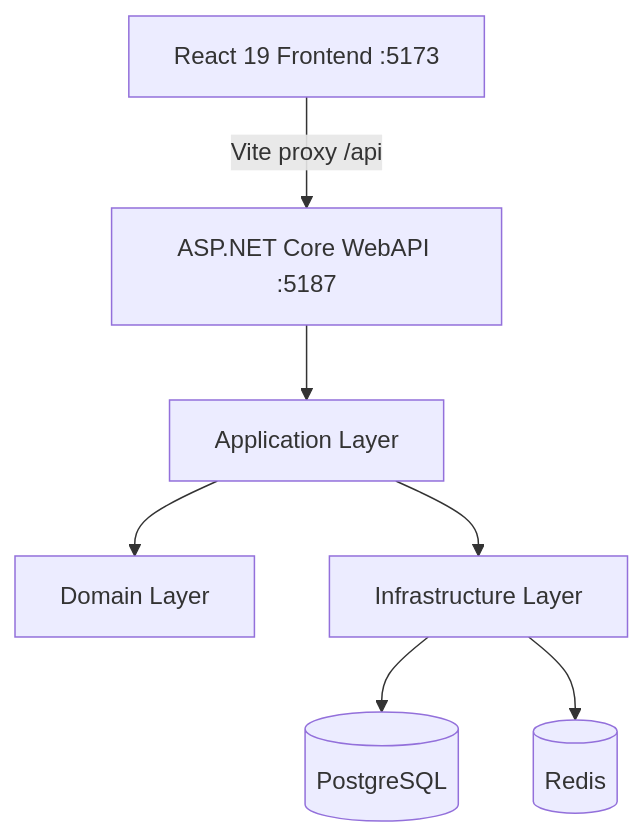
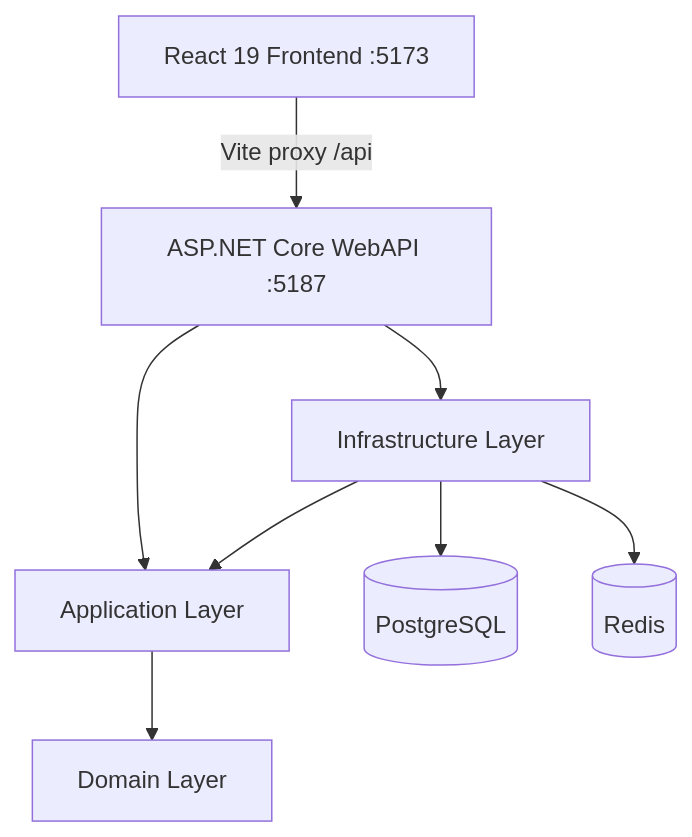
The diagram in README.md (hsummerhays/CodeDialect), drawn with Mermaid before and after one commit. The commit also changed other lines of this file and 26 other files, not shown here.

````diff
--- a/README.md
+++ b/README.md
@@ -71,17 +74,18 @@
 ```mermaid
 graph TD
     Web[React 19 Frontend :5173]
     API[ASP.NET Core WebAPI :5187]
     App[Application Layer]
     Domain[Domain Layer]
     Infra[Infrastructure Layer]
     DB[(PostgreSQL)]
     Redis[(Redis)]
 
     Web -->|Vite proxy /api| API
     API --> App
+    API --> Infra
+    Infra --> App
     App --> Domain
-    App --> Infra
     Infra --> DB
     Infra --> Redis
 ```
````
